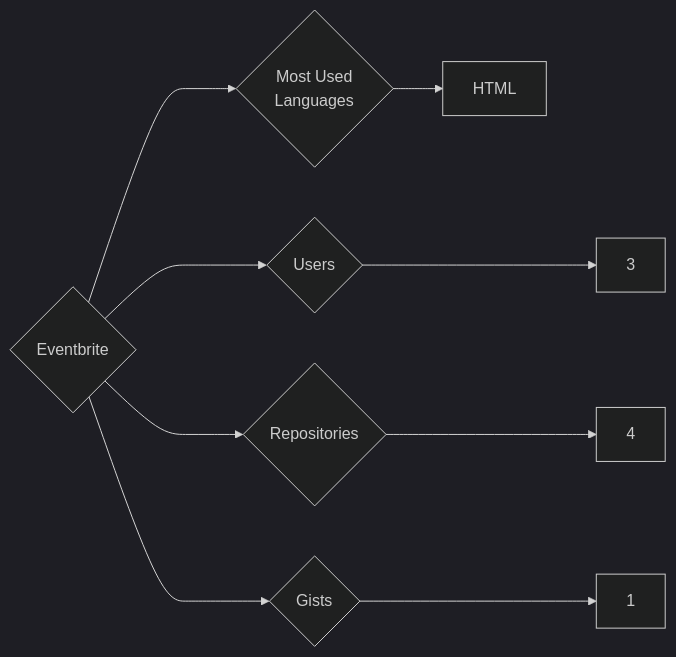
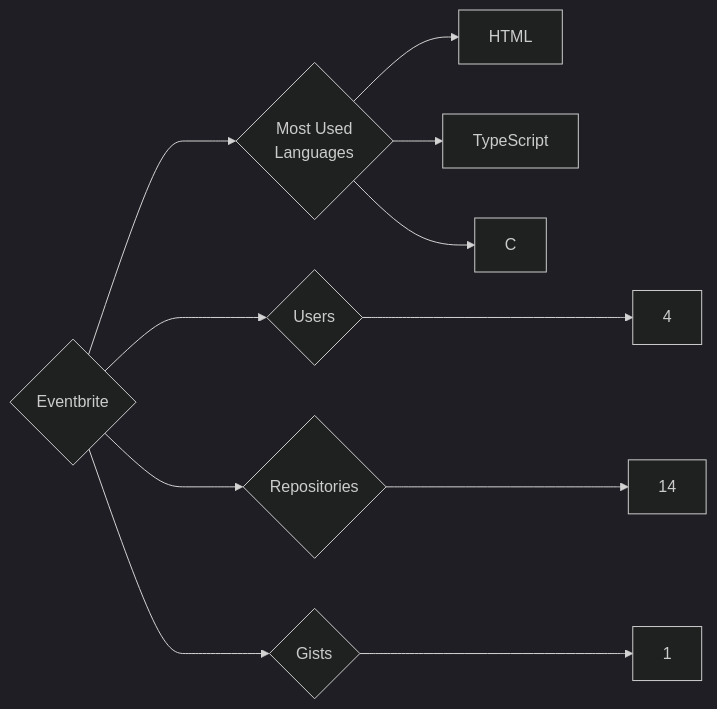
Before and after one commit to trickest/insiders: the diagram in targets/Eventbrite/README.md, drawn with Mermaid (dark theme). The commit also changed 1120 other files, not shown here.

````diff
--- a/targets/Eventbrite/README.md
+++ b/targets/Eventbrite/README.md
@@ -3,9 +3,11 @@
 ```mermaid
 graph LR
 COMPANY_NAME{Eventbrite}
-COMPANY_NAME ---> U{Users} ---> UN[3]
-COMPANY_NAME ---> R{Repositories} ---> RN[4]
+COMPANY_NAME ---> U{Users} ---> UN[4]
+COMPANY_NAME ---> R{Repositories} ---> RN[14]
 COMPANY_NAME ---> G{Gists} ---> GN[1]
 COMPANY_NAME ---> ML{Most Used<br>Languages}
 ML --> HTML[HTML]
+ML --> TypeScript[TypeScript]
+ML --> C[C]
 ```
````
